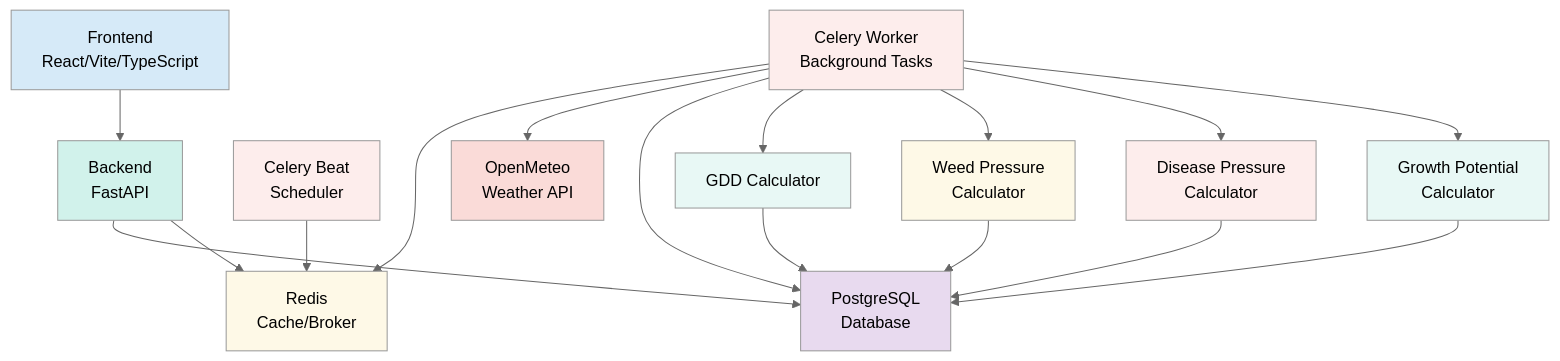
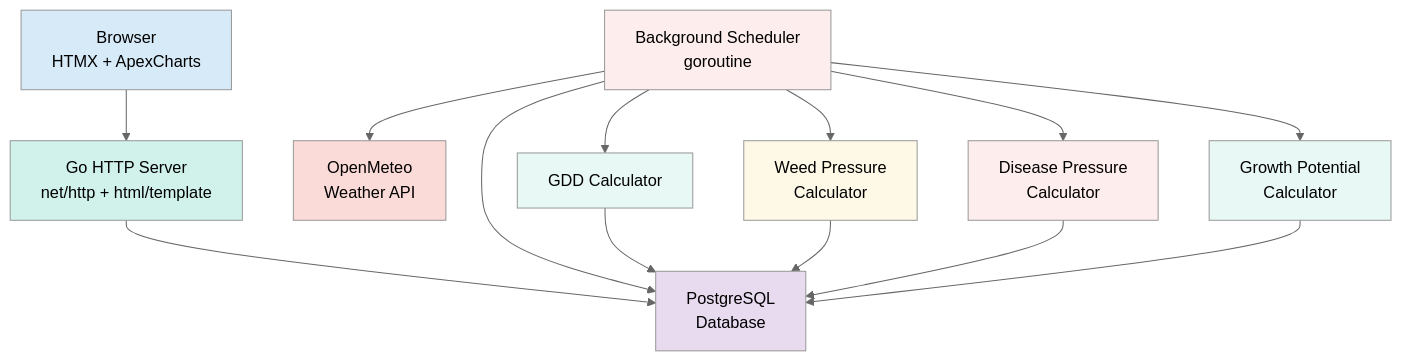
One commit to RunOnYourOwn/TurfTrack changed the diagram in docs/architecture.md. Above: the diagram before and after it, drawn with Mermaid (neutral theme). The commit also changed other lines of this file and 380 other files, not shown here.

First line of the commit message:
feat: increase test coverage and rewrite documentation for Go architecture

````diff
--- a/docs/architecture.md
+++ b/docs/architecture.md
@@ -5,33 +7,28 @@
 ```mermaid
 graph TD
-    A[Frontend<br/>React/Vite/TypeScript] --> B[Backend<br/>FastAPI]
+    A[Browser<br/>HTMX + ApexCharts] --> B[Go HTTP Server<br/>net/http + html/template]
     B --> C[PostgreSQL<br/>Database]
-    B --> D[Redis<br/>Cache/Broker]
 
-    E[Celery Beat<br/>Scheduler] --> D
-    F[Celery Worker<br/>Background Tasks] --> D
-    F --> G[OpenMeteo<br/>Weather API]
-    F --> C
+    D[Background Scheduler<br/>goroutine] --> E[OpenMeteo<br/>Weather API]
+    D --> C
 
-    H[GDD Calculator] --> C
-    I[Weed Pressure<br/>Calculator] --> C
-    J[Disease Pressure<br/>Calculator] --> C
-    K[Growth Potential<br/>Calculator] --> C
+    F[GDD Calculator] --> C
+    G[Weed Pressure<br/>Calculator] --> C
+    H[Disease Pressure<br/>Calculator] --> C
+    I[Growth Potential<br/>Calculator] --> C
 
-    F --> H
-    F --> I
-    F --> J
-    F --> K
+    D --> F
+    D --> G
+    D --> H
+    D --> I
 
     style A fill:#D6EAF8
     style B fill:#D1F2EB
     style C fill:#E8DAEF
-    style D fill:#FEF9E7
-    style E fill:#FDEDEC
-    style F fill:#FDEDEC
-    style G fill:#FADBD8
-    style H fill:#E8F8F5
-    style I fill:#FEF9E7
-    style J fill:#FDEDEC
-    style K fill:#E8F8F5
+    style D fill:#FDEDEC
+    style E fill:#FADBD8
+    style F fill:#E8F8F5
+    style G fill:#FEF9E7
+    style H fill:#FDEDEC
+    style I fill:#E8F8F5
 ```
````
